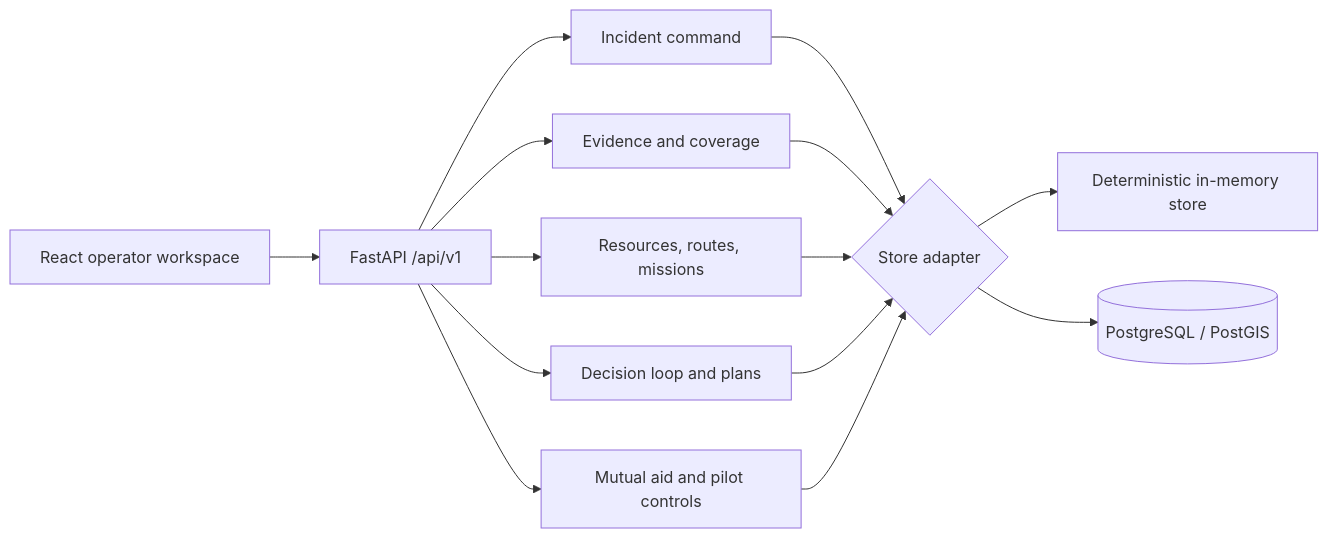
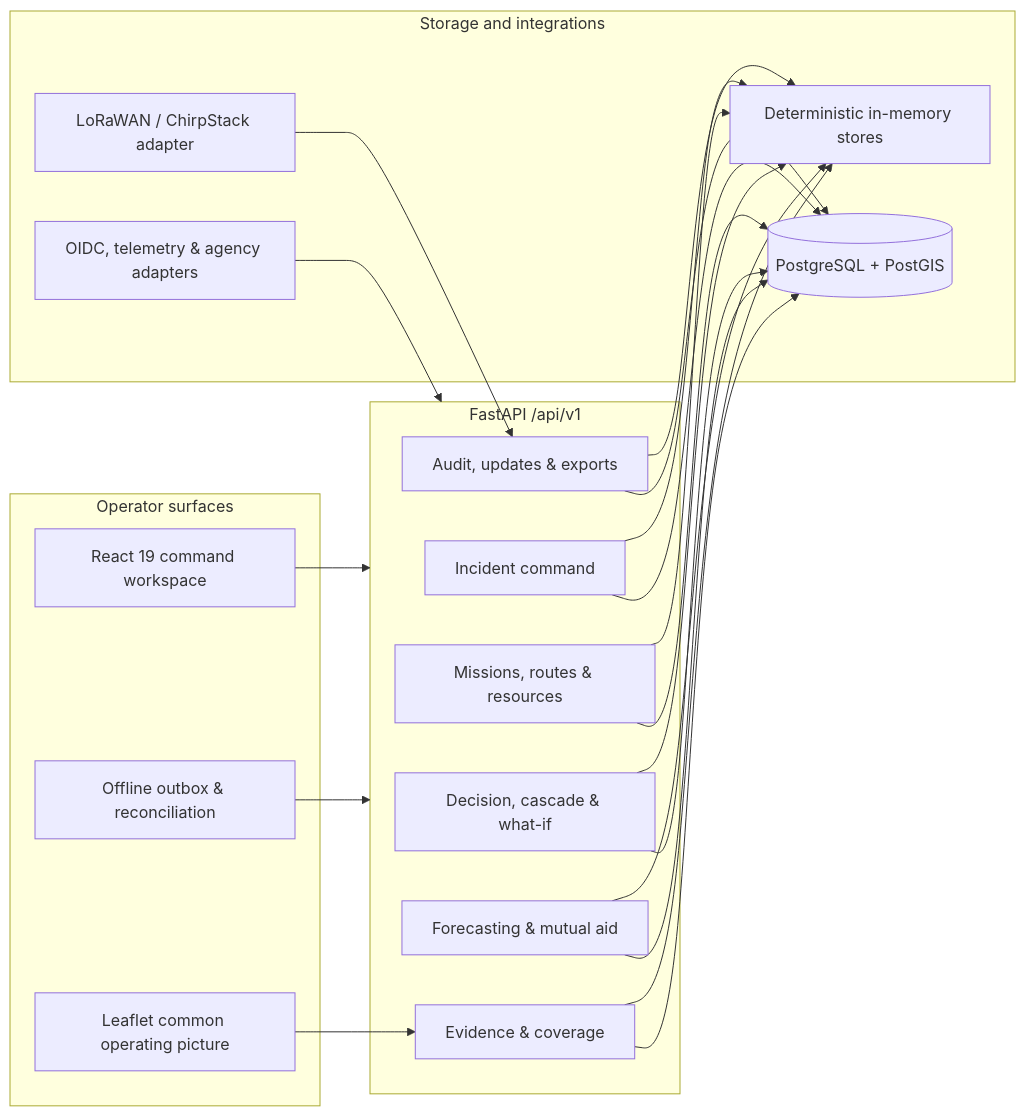
Before and after one commit to veenit-cell/DRISHTI: the first of 2 diagrams in README.md, drawn with Mermaid. The commit also changed other lines of this file, not shown here.

````diff
--- a/README.md
+++ b/README.md
@@ -98,12 +114,32 @@
 ```mermaid
 flowchart LR
-  UI[React operator workspace] --> API[FastAPI /api/v1]
-  API --> CMD[Incident command]
-  API --> EVD[Evidence and coverage]
-  API --> OPS[Resources, routes, missions]
-  API --> DEC[Decision loop and plans]
-  API --> AID[Mutual aid and pilot controls]
-  CMD & EVD & OPS & DEC & AID --> STORE{Store adapter}
-  STORE --> MEM[Deterministic in-memory store]
-  STORE --> PG[(PostgreSQL / PostGIS)]
+    subgraph Clients[Operator surfaces]
+      UI[React 19 command workspace]
+      OFF[Offline outbox & reconciliation]
+      MAP[Leaflet common operating picture]
+    end
+
+    subgraph API[FastAPI /api/v1]
+      CMD[Incident command]
+      EVD[Evidence & coverage]
+      OPS[Missions, routes & resources]
+      DSS[Decision, cascade & what-if]
+      AID[Forecasting & mutual aid]
+      AUD[Audit, updates & exports]
+    end
+
+    subgraph Data[Storage and integrations]
+      MEM[Deterministic in-memory stores]
+      PG[(PostgreSQL + PostGIS)]
+      IOT[LoRaWAN / ChirpStack adapter]
+      EXT[OIDC, telemetry & agency adapters]
+    end
+
+    UI --> API
+    OFF --> API
+    MAP --> EVD
+    CMD & EVD & OPS & DSS & AID & AUD --> MEM
+    CMD & EVD & OPS & DSS & AID & AUD --> PG
+    IOT --> AUD
+    EXT --> API
 ```
````
